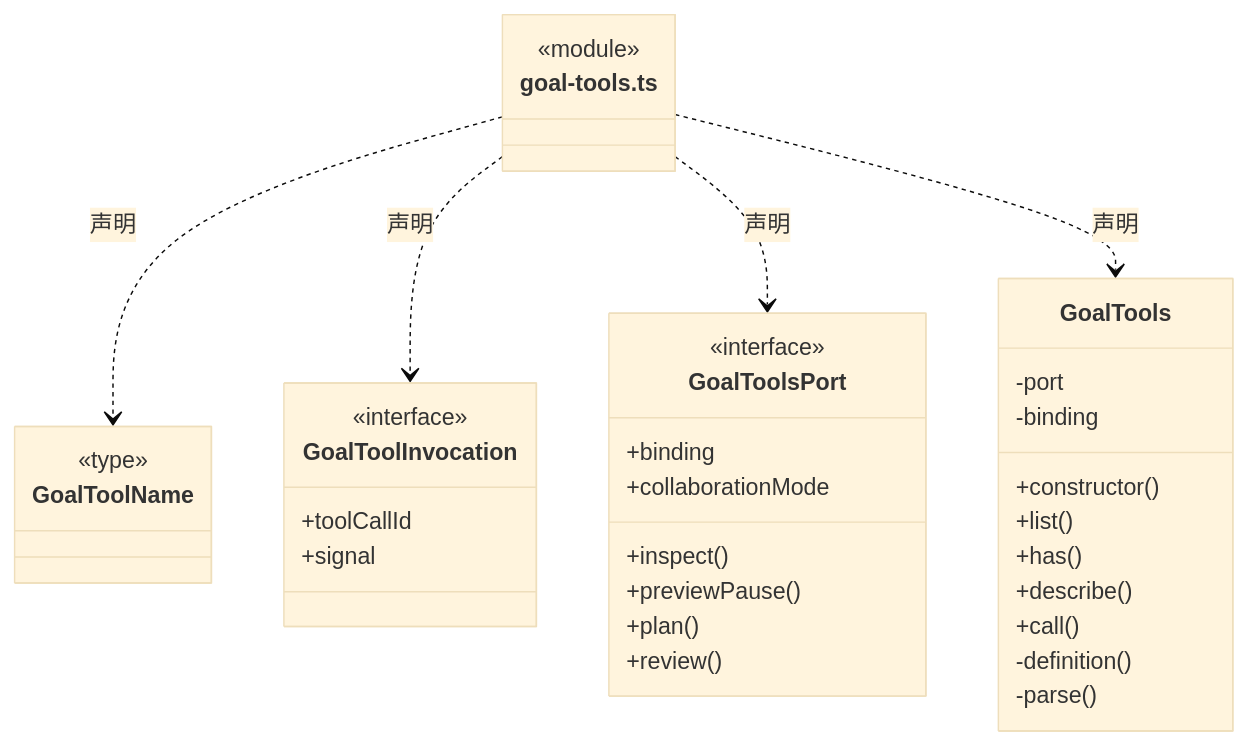
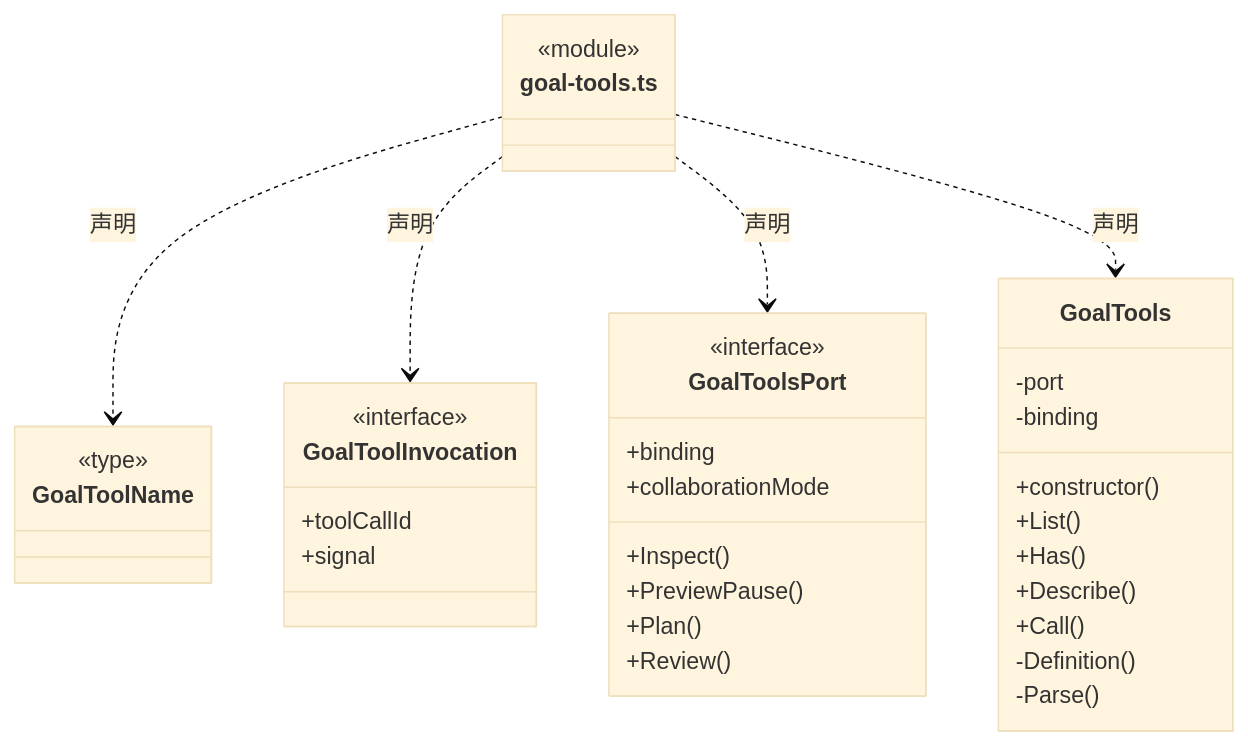
The ninth of 24 diagrams in src/logic/tools/runtime/ARCHITECTURE.md (nan023062/cbim), drawn with Mermaid (base theme) before and after one commit. The commit also changed other lines of this file and 1035 other files, not shown here.

````diff
--- a/src/logic/tools/runtime/ARCHITECTURE.md
+++ b/src/logic/tools/runtime/ARCHITECTURE.md
@@ -223,39 +223,39 @@
 ```mermaid
 classDiagram
 class N_src_logic_tools_runtime_goal_tools_ts["goal-tools.ts"] {
   <<module>>
 }
 class N_src_logic_tools_runtime_goal_tools_ts_GoalToolName["GoalToolName"] {
   <<type>>
 
 }
 N_src_logic_tools_runtime_goal_tools_ts ..> N_src_logic_tools_runtime_goal_tools_ts_GoalToolName : 声明
 class N_src_logic_tools_runtime_goal_tools_ts_GoalToolInvocation["GoalToolInvocation"] {
   <<interface>>
   +toolCallId
   +signal
 }
 N_src_logic_tools_runtime_goal_tools_ts ..> N_src_logic_tools_runtime_goal_tools_ts_GoalToolInvocation : 声明
 class N_src_logic_tools_runtime_goal_tools_ts_GoalToolsPort["GoalToolsPort"] {
   <<interface>>
   +binding
   +collaborationMode
-  +inspect()
-  +previewPause()
-  +plan()
-  +review()
+  +Inspect()
+  +PreviewPause()
+  +Plan()
+  +Review()
 }
 N_src_logic_tools_runtime_goal_tools_ts ..> N_src_logic_tools_runtime_goal_tools_ts_GoalToolsPort : 声明
 class N_src_logic_tools_runtime_goal_tools_ts_GoalTools["GoalTools"] {
   +constructor()
-  +list()
-  +has()
-  +describe()
-  +call()
+  +List()
+  +Has()
+  +Describe()
+  +Call()
   -port
   -binding
-  -definition()
-  -parse()
+  -Definition()
+  -Parse()
 }
 N_src_logic_tools_runtime_goal_tools_ts ..> N_src_logic_tools_runtime_goal_tools_ts_GoalTools : 声明
 ```
````
